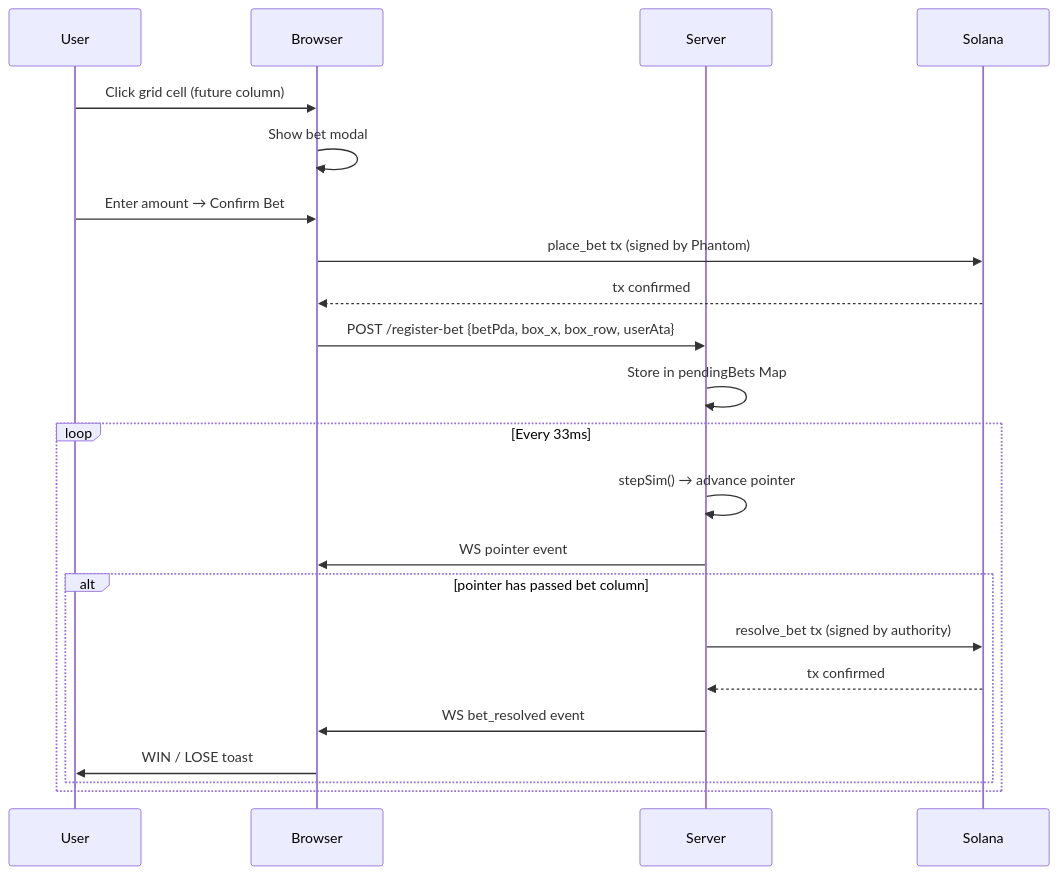
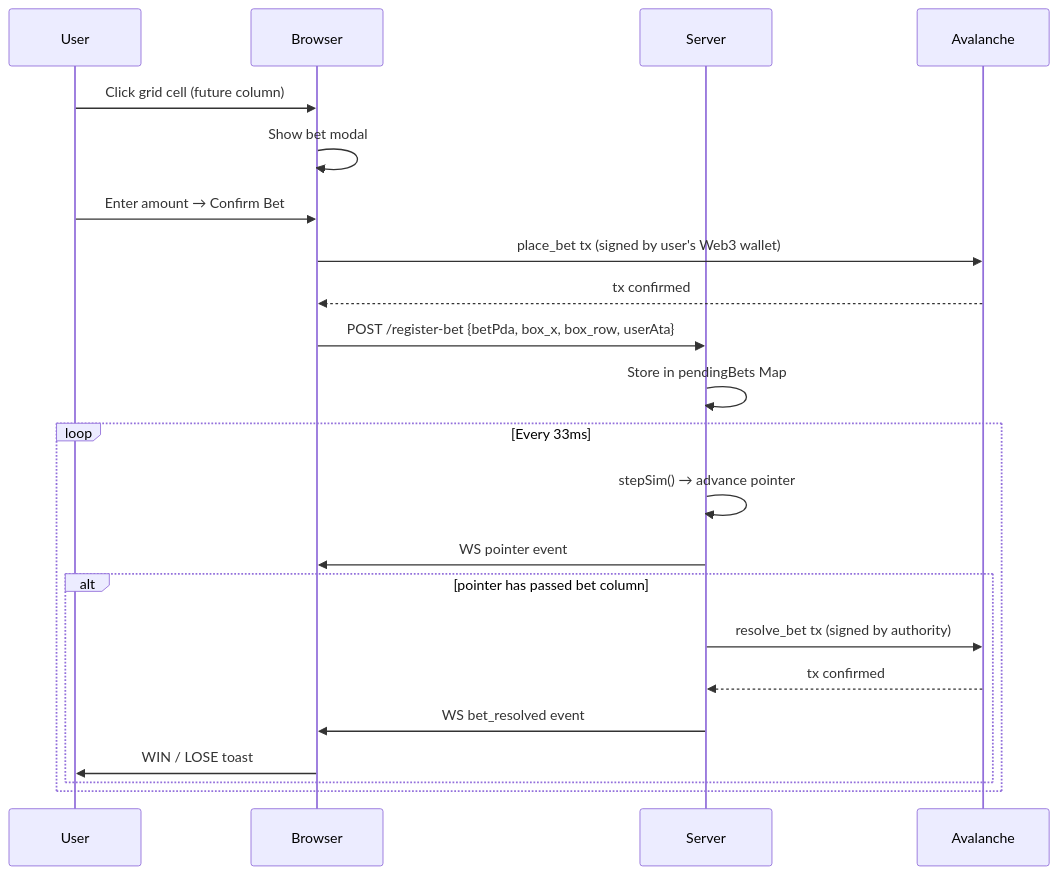
The second of 3 diagrams in docs/system-architecture.md (manovHacksaw/spermdotfun), drawn with Mermaid before and after one commit. The commit also changed other lines of this file and 11 other files, not shown here.

````diff
--- a/docs/system-architecture.md
+++ b/docs/system-architecture.md
@@ -93,26 +93,26 @@
 ```mermaid
 sequenceDiagram
     participant User
     participant Browser
     participant Server
-    participant Solana
+    participant Avalanche
 
     User->>Browser: Click grid cell (future column)
     Browser->>Browser: Show bet modal
     User->>Browser: Enter amount → Confirm Bet
-    Browser->>Solana: place_bet tx (signed by Phantom)
-    Solana-->>Browser: tx confirmed
+    Browser->>Avalanche: place_bet tx (signed by user's Web3 wallet)
+    Avalanche-->>Browser: tx confirmed
     Browser->>Server: POST /register-bet {betPda, box_x, box_row, userAta}
     Server->>Server: Store in pendingBets Map
 
     loop Every 33ms
         Server->>Server: stepSim() → advance pointer
         Server->>Browser: WS pointer event
         alt pointer has passed bet column
-            Server->>Solana: resolve_bet tx (signed by authority)
-            Solana-->>Server: tx confirmed
+            Server->>Avalanche: resolve_bet tx (signed by authority)
+            Avalanche-->>Server: tx confirmed
             Server->>Browser: WS bet_resolved event
             Browser->>User: WIN / LOSE toast
         end
     end
 ```
````
